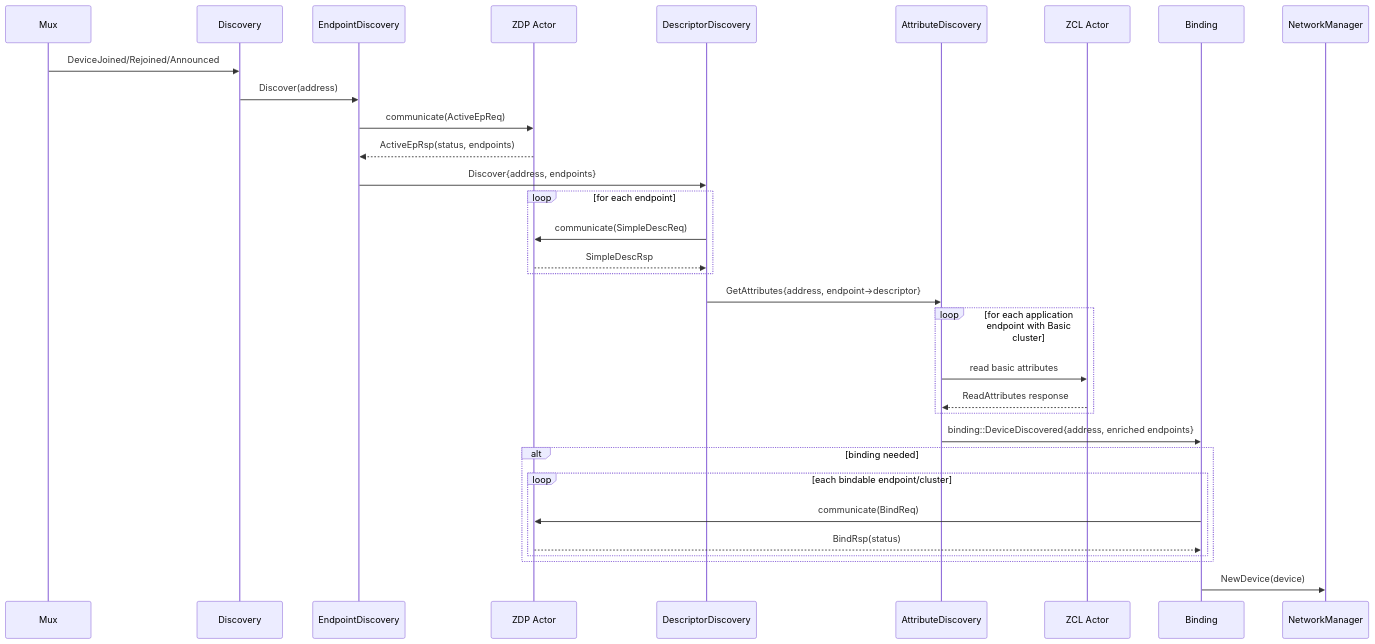
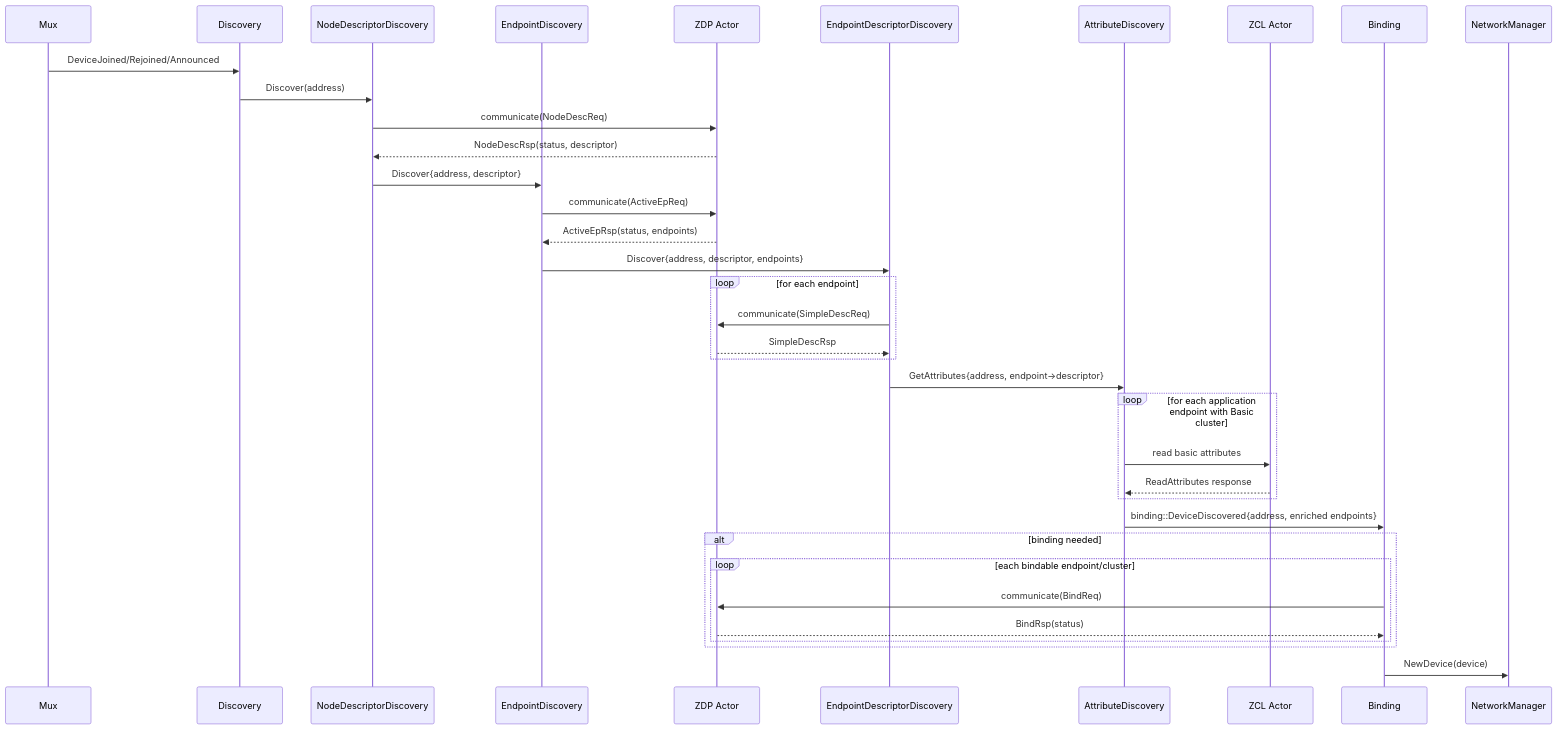
One commit to PaulmannLighting/apis-saltans changed the third of 6 diagrams in zigbee-coordinator/ARCHITECTURE.md. Above: the diagram before and after it, drawn with Mermaid. The commit also changed other lines of this file, not shown here.

````diff
--- a/zigbee-coordinator/ARCHITECTURE.md
+++ b/zigbee-coordinator/ARCHITECTURE.md
@@ -223,42 +232,47 @@
 ```mermaid
 sequenceDiagram
     participant M as Mux
     participant D as Discovery
+    participant ND as NodeDescriptorDiscovery
     participant ED as EndpointDiscovery
     participant ZDP as ZDP Actor
-    participant DD as DescriptorDiscovery
+    participant EDD as EndpointDescriptorDiscovery
     participant AD as AttributeDiscovery
     participant ZCL as ZCL Actor
     participant B as Binding
     participant NM as NetworkManager
 
     M->>D: DeviceJoined/Rejoined/Announced
-    D->>ED: Discover(address)
+    D->>ND: Discover(address)
+
+    ND->>ZDP: communicate(NodeDescReq)
+    ZDP-->>ND: NodeDescRsp(status, descriptor)
+    ND->>ED: Discover{address, descriptor}
 
     ED->>ZDP: communicate(ActiveEpReq)
     ZDP-->>ED: ActiveEpRsp(status, endpoints)
-    ED->>DD: Discover{address, endpoints}
+    ED->>EDD: Discover{address, descriptor, endpoints}
 
     loop for each endpoint
-        DD->>ZDP: communicate(SimpleDescReq)
-        ZDP-->>DD: SimpleDescRsp
+        EDD->>ZDP: communicate(SimpleDescReq)
+        ZDP-->>EDD: SimpleDescRsp
     end
 
-    DD->>AD: GetAttributes{address, endpoint->descriptor}
+    EDD->>AD: GetAttributes{address, endpoint->descriptor}
 
     loop for each application endpoint with Basic cluster
         AD->>ZCL: read basic attributes
         ZCL-->>AD: ReadAttributes response
     end
 
     AD->>B: binding::DeviceDiscovered{address, enriched endpoints}
 
     alt binding needed
         loop each bindable endpoint/cluster
             B->>ZDP: communicate(BindReq)
             ZDP-->>B: BindRsp(status)
         end
     end
 
     B->>NM: NewDevice(device)
 ```
````
